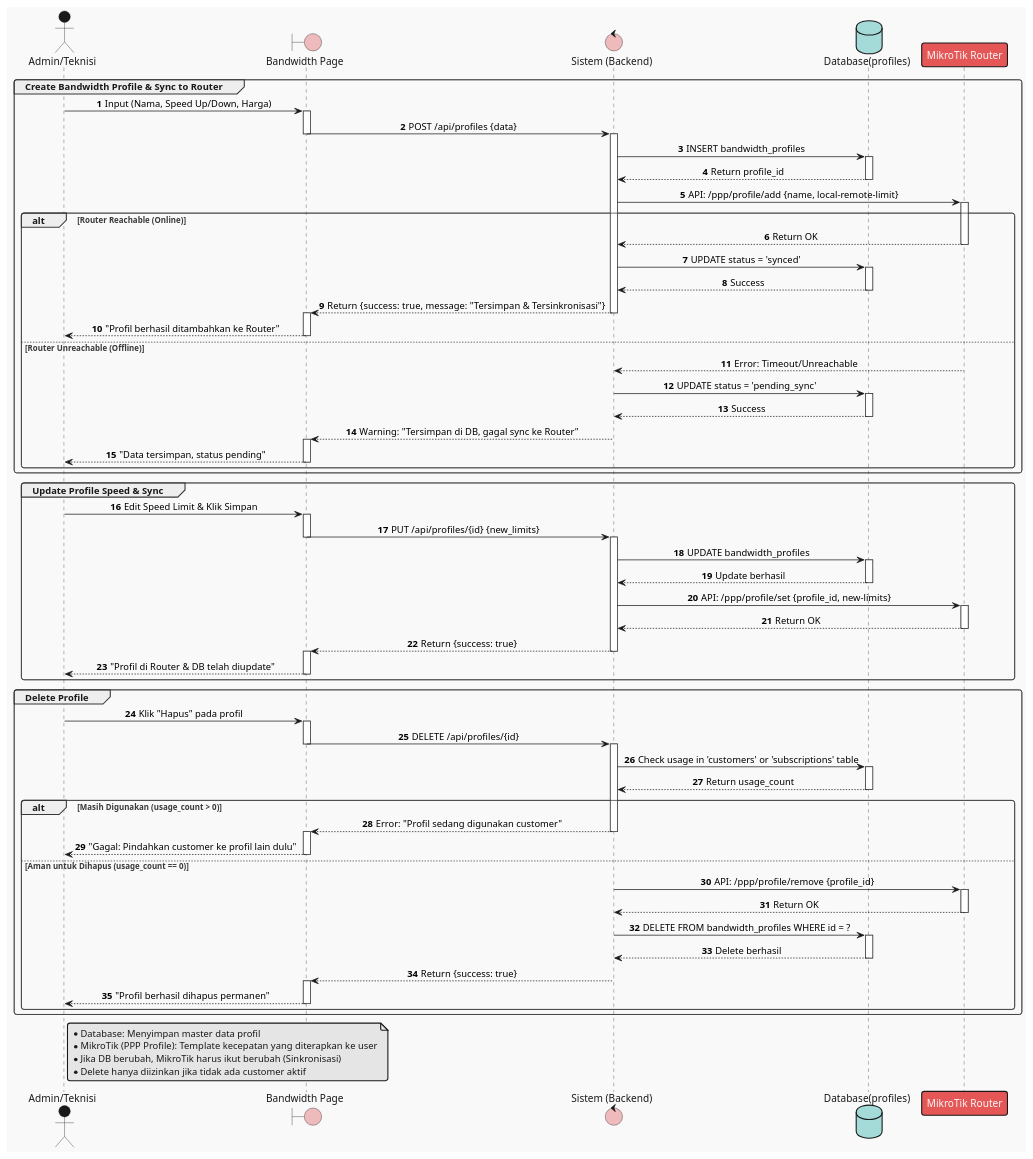
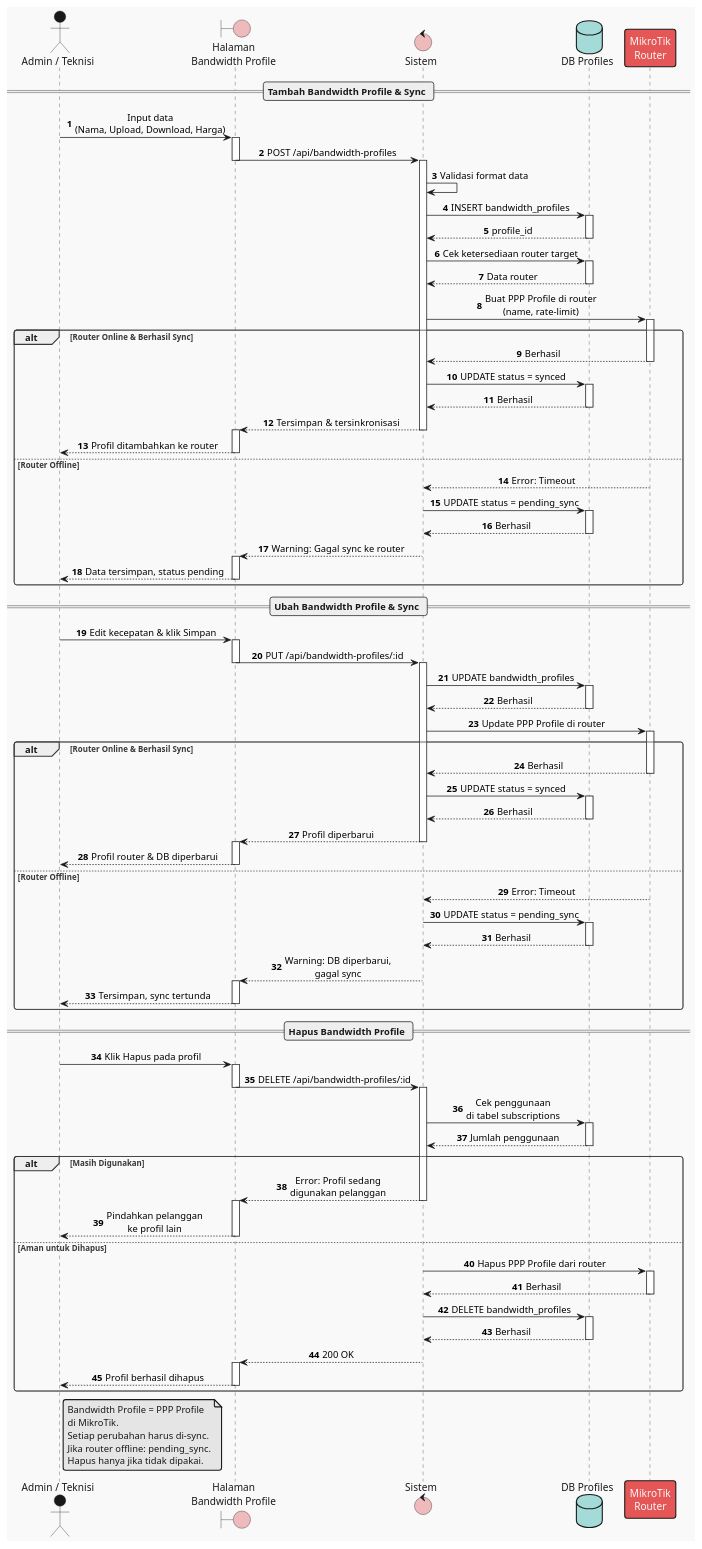
Before and after one commit to quiqxiq/mikmongo: the diagram in diagram/sequence/07_bandwidth_profile.puml, drawn with PlantUML. The commit also changed 31 other files, not shown here.

```diff
--- a/diagram/sequence/07_bandwidth_profile.puml
+++ b/diagram/sequence/07_bandwidth_profile.puml
@@ -1,132 +1,156 @@
 @startuml
 !theme mars
 autonumber
 skinparam sequenceMessageAlign center
 
-' Definisi Partisipan
-actor "Admin/Teknisi" as User
-boundary "Bandwidth Page" as UI
-control "Sistem (Backend)" as System
-database "Database(profiles)" as DB
-participant "MikroTik Router" as MT
+actor "Admin / Teknisi" as User
+boundary "Halaman\nBandwidth Profile" as UI
+control "Sistem" as System
+database "DB Profiles" as DB
+participant "MikroTik\nRouter" as MT
 
-' ================= FLOW 1: CREATE (TAMBAH PROFIL) =================
-group Create Bandwidth Profile & Sync to Router
-    User -> UI : Input (Nama, Speed Up/Down, Harga)
-    activate UI
-    UI -> System : POST /api/profiles {data}
-    deactivate UI
-    activate System
-    
-    System -> DB : INSERT bandwidth_profiles
+== Tambah Bandwidth Profile & Sync ==
+
+User -> UI : Input data\n(Nama, Upload, Download, Harga)
+activate UI
+UI -> System : POST /api/bandwidth-profiles
+deactivate UI
+activate System
+
+System -> System : Validasi format data
+System -> DB : INSERT bandwidth_profiles
+activate DB
+DB --> System : profile_id
+deactivate DB
+
+System -> DB : Cek ketersediaan router target
+activate DB
+DB --> System : Data router
+deactivate DB
+
+System -> MT : Buat PPP Profile di router\n(name, rate-limit)
+activate MT
+
+alt Router Online & Berhasil Sync
+    MT --> System : Berhasil
+    deactivate MT
+
+    System -> DB : UPDATE status = synced
     activate DB
-    DB --> System : Return profile_id
+    DB --> System : Berhasil
     deactivate DB
-    
-    System -> MT : API: /ppp/profile/add {name, local-remote-limit}
-    activate MT
-    
-    alt Router Reachable (Online)
-        MT --> System : Return OK
-        deactivate MT
-        
-        System -> DB : UPDATE status = 'synced'
-        activate DB
-        DB --> System : Success
-        deactivate DB
-        
-        System --> UI : Return {success: true, message: "Tersimpan & Tersinkronisasi"}
-        deactivate System
-        activate UI
-        UI --> User : "Profil berhasil ditambahkan ke Router"
-        deactivate UI
-        
-    else Router Unreachable (Offline)
-        MT --> System : Error: Timeout/Unreachable
-        deactivate MT
-        
-        System -> DB : UPDATE status = 'pending_sync'
-        activate DB
-        DB --> System : Success
-        deactivate DB
-        
-        System --> UI : Warning: "Tersimpan di DB, gagal sync ke Router"
-        deactivate System
-        activate UI
-        UI --> User : "Data tersimpan, status pending"
-        deactivate UI
-    end
-end
 
-' ================= FLOW 2: UPDATE (EDIT PROFIL) =================
-group Update Profile Speed & Sync
-    User -> UI : Edit Speed Limit & Klik Simpan
-    activate UI
-    UI -> System : PUT /api/profiles/{id} {new_limits}
-    deactivate UI
-    activate System
-    
-    System -> DB : UPDATE bandwidth_profiles
-    activate DB
-    DB --> System : Update berhasil
-    deactivate DB
-    
-    System -> MT : API: /ppp/profile/set {profile_id, new-limits}
-    activate MT
-    MT --> System : Return OK
-    deactivate MT
-    
-    System --> UI : Return {success: true}
+    System --> UI : Tersimpan & tersinkronisasi
     deactivate System
     activate UI
-    UI --> User : "Profil di Router & DB telah diupdate"
+    UI --> User : Profil ditambahkan ke router
+    deactivate UI
+
+else Router Offline
+    MT --> System : Error: Timeout
+    deactivate MT
+
+    System -> DB : UPDATE status = pending_sync
+    activate DB
+    DB --> System : Berhasil
+    deactivate DB
+
+    System --> UI : Warning: Gagal sync ke router
+    deactivate System
+    activate UI
+    UI --> User : Data tersimpan, status pending
     deactivate UI
 end
 
-' ================= FLOW 3: DELETE (HAPUS PROFIL) =================
-group Delete Profile
-    User -> UI : Klik "Hapus" pada profil
+== Ubah Bandwidth Profile & Sync ==
+
+User -> UI : Edit kecepatan & klik Simpan
+activate UI
+UI -> System : PUT /api/bandwidth-profiles/:id
+deactivate UI
+activate System
+
+System -> DB : UPDATE bandwidth_profiles
+activate DB
+DB --> System : Berhasil
+deactivate DB
+
+System -> MT : Update PPP Profile di router
+activate MT
+
+alt Router Online & Berhasil Sync
+    MT --> System : Berhasil
+    deactivate MT
+
+    System -> DB : UPDATE status = synced
+    activate DB
+    DB --> System : Berhasil
+    deactivate DB
+
+    System --> UI : Profil diperbarui
+    deactivate System
     activate UI
-    UI -> System : DELETE /api/profiles/{id}
+    UI --> User : Profil router & DB diperbarui
     deactivate UI
-    activate System
-    
-    ' PENTING: Cek apakah profil sedang dipakai customer
-    System -> DB : Check usage in 'customers' or 'subscriptions' table
+else Router Offline
+    MT --> System : Error: Timeout
+    deactivate MT
+
+    System -> DB : UPDATE status = pending_sync
     activate DB
-    DB --> System : Return usage_count
+    DB --> System : Berhasil
     deactivate DB
-    
-    alt Masih Digunakan (usage_count > 0)
-        System --> UI : Error: "Profil sedang digunakan customer"
-        deactivate System
-        activate UI
-        UI --> User : "Gagal: Pindahkan customer ke profil lain dulu"
-        deactivate UI
-    else Aman untuk Dihapus (usage_count == 0)
-        System -> MT : API: /ppp/profile/remove {profile_id}
-        activate MT
-        MT --> System : Return OK
-        deactivate MT
-        
-        System -> DB : DELETE FROM bandwidth_profiles WHERE id = ?
-        activate DB
-        DB --> System : Delete berhasil
-        deactivate DB
-        
-        System --> UI : Return {success: true}
-        deactivate System
-        activate UI
-        UI --> User : "Profil berhasil dihapus permanen"
-        deactivate UI
-    end
+
+    System --> UI : Warning: DB diperbarui,\ngagal sync
+    deactivate System
+    activate UI
+    UI --> User : Tersimpan, sync tertunda
+    deactivate UI
+end
+
+== Hapus Bandwidth Profile ==
+
+User -> UI : Klik Hapus pada profil
+activate UI
+UI -> System : DELETE /api/bandwidth-profiles/:id
+deactivate UI
+activate System
+
+System -> DB : Cek penggunaan\ndi tabel subscriptions
+activate DB
+DB --> System : Jumlah penggunaan
+deactivate DB
+
+alt Masih Digunakan
+    System --> UI : Error: Profil sedang\ndigunakan pelanggan
+    deactivate System
+    activate UI
+    UI --> User : Pindahkan pelanggan\nke profil lain
+    deactivate UI
+else Aman untuk Dihapus
+    System -> MT : Hapus PPP Profile dari router
+    activate MT
+    MT --> System : Berhasil
+    deactivate MT
+
+    System -> DB : DELETE bandwidth_profiles
+    activate DB
+    DB --> System : Berhasil
+    deactivate DB
+
+    System --> UI : 200 OK
+    deactivate System
+    activate UI
+    UI --> User : Profil berhasil dihapus
+    deactivate UI
 end
 
 note right of User
-  * Database: Menyimpan master data profil
-  * MikroTik (PPP Profile): Template kecepatan yang diterapkan ke user
-  * Jika DB berubah, MikroTik harus ikut berubah (Sinkronisasi)
-  * Delete hanya diizinkan jika tidak ada customer aktif
+  Bandwidth Profile = PPP Profile
+  di MikroTik.
+  Setiap perubahan harus di-sync.
+  Jika router offline: pending_sync.
+  Hapus hanya jika tidak dipakai.
 end note
 
 @enduml
```
